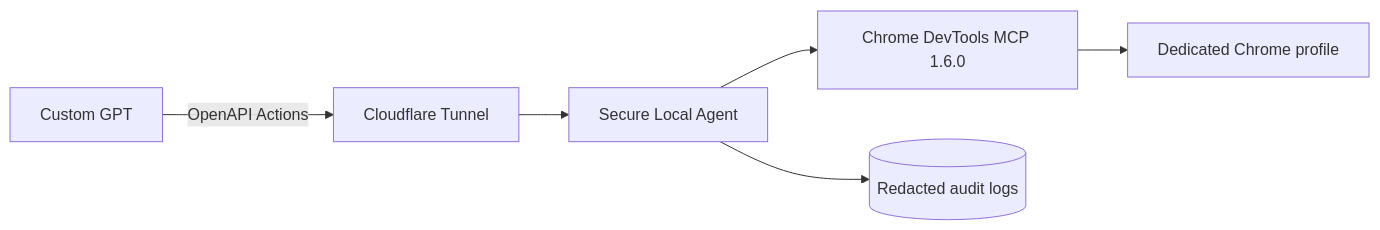
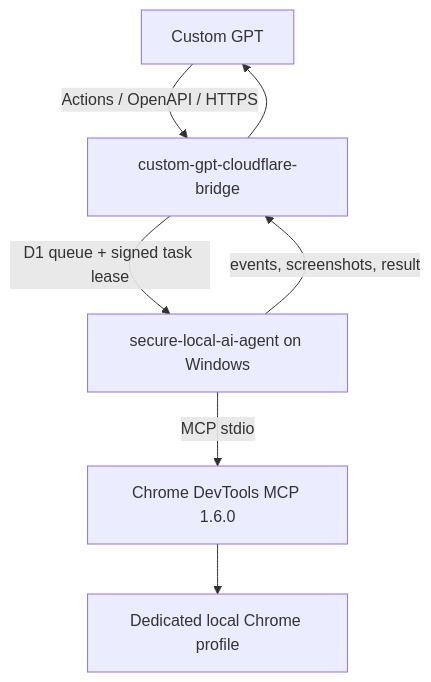
One commit to univcorp2-ctrl/custom-gpt-chrome-mcp-agent changed the diagram in README.md. Above: the diagram before and after it, drawn with Mermaid. The commit also changed other lines of this file, not shown here.

Commit message:
test: validate corrected bridge-to-local-agent architecture

````diff
--- a/README.md
+++ b/README.md
@@ -11,8 +7,9 @@
 ```mermaid
-flowchart LR
-  GPT[Custom GPT] -->|OpenAPI Actions| TUNNEL[Cloudflare Tunnel]
-  TUNNEL --> AGENT[Secure Local Agent]
-  AGENT --> MCP[Chrome DevTools MCP 1.6.0]
-  MCP --> CHROME[Dedicated Chrome profile]
-  AGENT --> AUDIT[(Redacted audit logs)]
+flowchart TD
+  GPT[Custom GPT] -->|Actions / OpenAPI / HTTPS| BRIDGE[custom-gpt-cloudflare-bridge]
+  BRIDGE -->|D1 queue + signed task lease| AGENT[secure-local-ai-agent on Windows]
+  AGENT -->|MCP stdio| MCP[Chrome DevTools MCP 1.6.0]
+  MCP --> CHROME[Dedicated local Chrome profile]
+  AGENT -->|events, screenshots, result| BRIDGE
+  BRIDGE --> GPT
 ```
````
